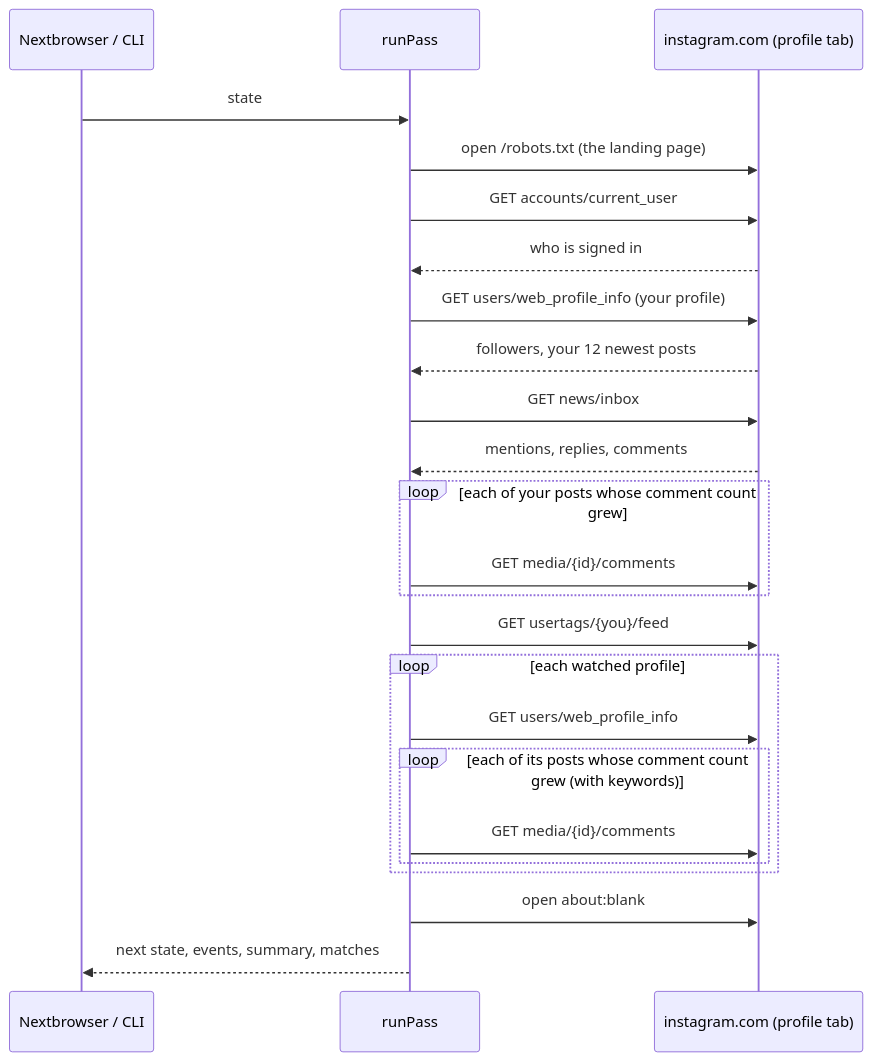
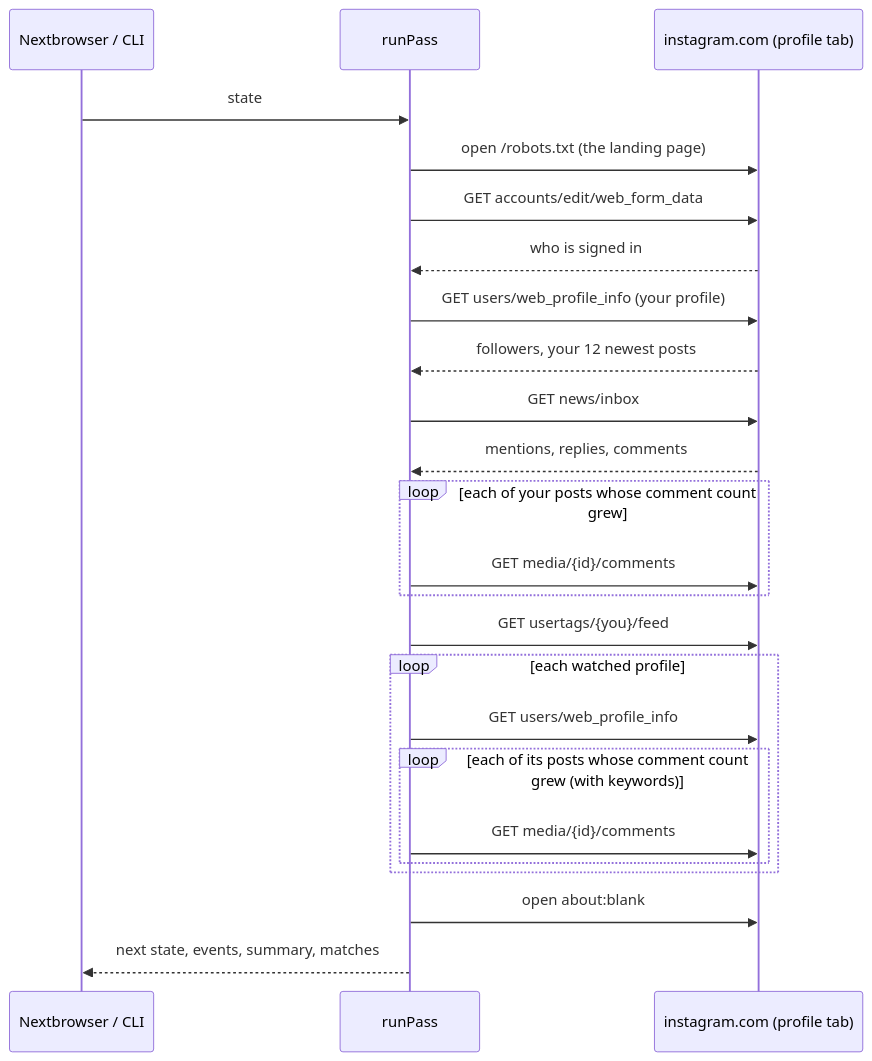
Before and after one commit to nextbrowser-oss/nextbrowser-instagram-monitoring: the diagram in docs/how-it-works.md, drawn with Mermaid. The commit also changed 6 other files, not shown here.

First line of the commit message:
fix: read the signed-in account from the edit form data

````diff
--- a/docs/how-it-works.md
+++ b/docs/how-it-works.md
@@ -5,26 +5,26 @@
 ```mermaid
 sequenceDiagram
   participant Host as Nextbrowser / CLI
   participant Pass as runPass
   participant IG as instagram.com (profile tab)
   Host->>Pass: state
   Pass->>IG: open /robots.txt (the landing page)
-  Pass->>IG: GET accounts/current_user
+  Pass->>IG: GET accounts/edit/web_form_data
   IG-->>Pass: who is signed in
   Pass->>IG: GET users/web_profile_info (your profile)
   IG-->>Pass: followers, your 12 newest posts
   Pass->>IG: GET news/inbox
   IG-->>Pass: mentions, replies, comments
   loop each of your posts whose comment count grew
     Pass->>IG: GET media/{id}/comments
   end
   Pass->>IG: GET usertags/{you}/feed
   loop each watched profile
     Pass->>IG: GET users/web_profile_info
     loop each of its posts whose comment count grew (with keywords)
       Pass->>IG: GET media/{id}/comments
     end
   end
   Pass->>IG: open about:blank
   Pass-->>Host: next state, events, summary, matches
 ```
````
